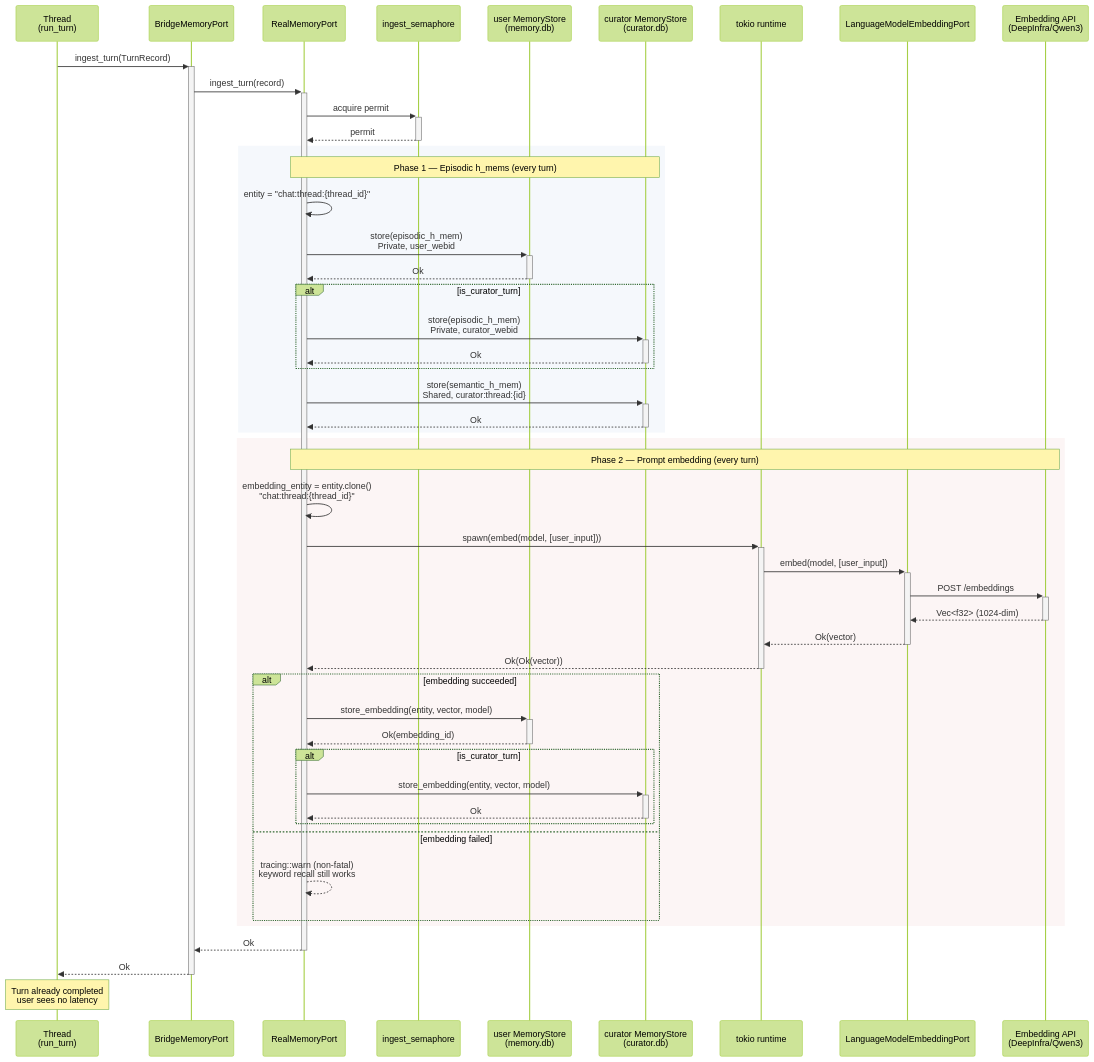
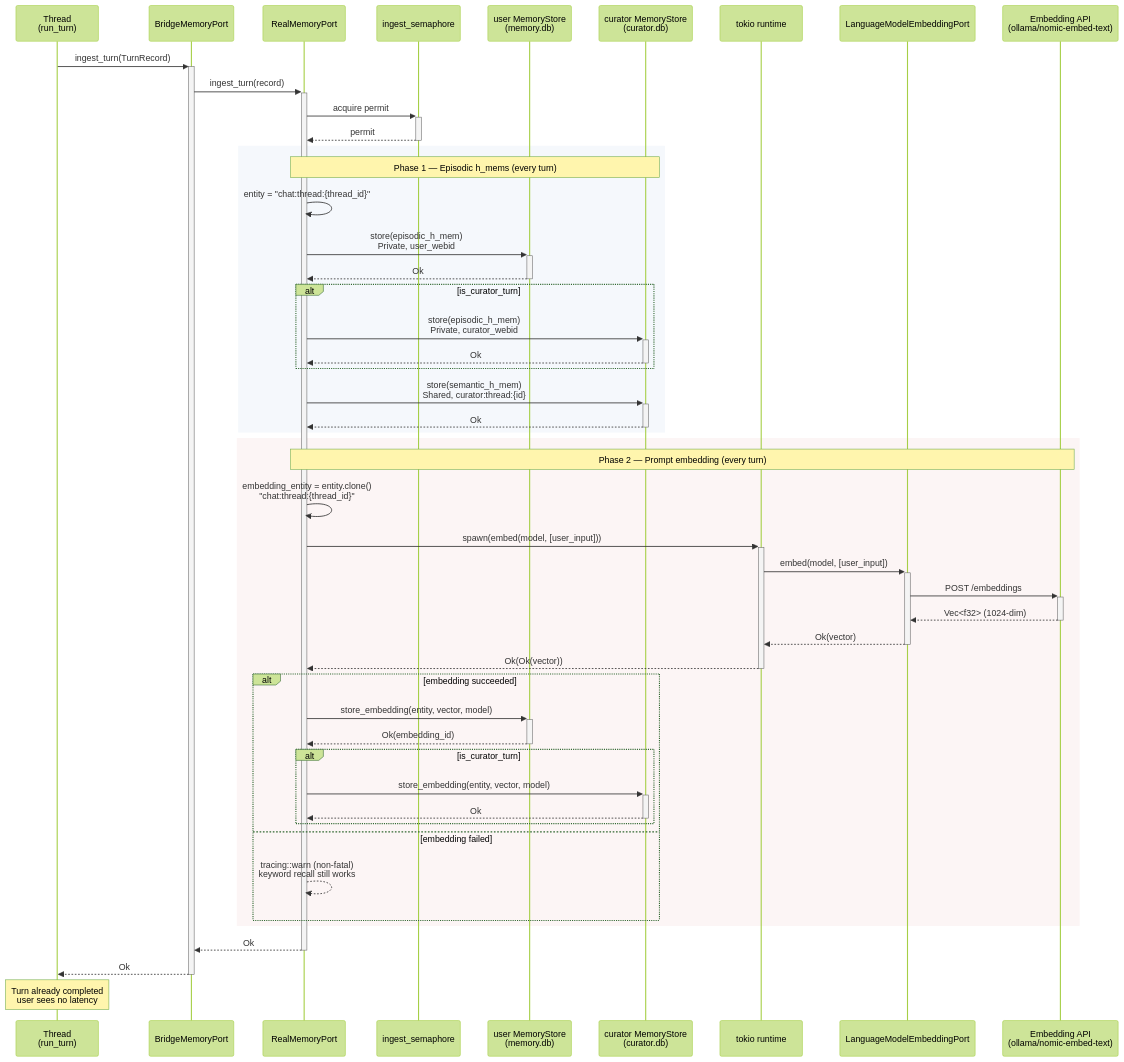
One commit to mdz-axo/zed-kask changed the diagram in kask/docs/diagrams/sequence-memory-ingest.md. Above: the diagram before and after it, drawn with Mermaid (forest theme). The commit also changed 21 other files, not shown here.

First line of the commit message:
Simplify convergence tracker and remove DeepInfra

````diff
--- a/kask/docs/diagrams/sequence-memory-ingest.md
+++ b/kask/docs/diagrams/sequence-memory-ingest.md
@@ -23,60 +23,60 @@
 ```mermaid
 sequenceDiagram
     participant Thread as Thread<br/>(run_turn)
     participant Bridge as BridgeMemoryPort
     participant Real as RealMemoryPort
     participant Sem as ingest_semaphore
     participant UserStore as user MemoryStore<br/>(memory.db)
     participant CuratorStore as curator MemoryStore<br/>(curator.db)
     participant Tokio as tokio runtime
     participant EmbedPort as LanguageModelEmbeddingPort
-    participant EmbedProvider as Embedding API<br/>(DeepInfra/Qwen3)
+    participant EmbedProvider as Embedding API<br/>(ollama/nomic-embed-text)
 
     Thread->>+Bridge: ingest_turn(TurnRecord)
     Bridge->>+Real: ingest_turn(record)
     Real->>+Sem: acquire permit
     Sem-->>-Real: permit
 
     rect rgb(245, 248, 252)
         Note over Real,CuratorStore: Phase 1 — Episodic h_mems (every turn)
 
         Real->>Real: entity = "chat:thread:{thread_id}"
         Real->>+UserStore: store(episodic_h_mem)<br/>Private, user_webid
         UserStore-->>-Real: Ok
 
         alt is_curator_turn
             Real->>+CuratorStore: store(episodic_h_mem)<br/>Private, curator_webid
             CuratorStore-->>-Real: Ok
         end
 
         Real->>+CuratorStore: store(semantic_h_mem)<br/>Shared, curator:thread:{id}
         CuratorStore-->>-Real: Ok
     end
 
     rect rgb(252, 245, 245)
         Note over Real,EmbedProvider: Phase 2 — Prompt embedding (every turn)
 
         Real->>Real: embedding_entity = entity.clone()<br/>"chat:thread:{thread_id}"
         Real->>+Tokio: spawn(embed(model, [user_input]))
         Tokio->>+EmbedPort: embed(model, [user_input])
         EmbedPort->>+EmbedProvider: POST /embeddings
         EmbedProvider-->>-EmbedPort: Vec<f32> (1024-dim)
         EmbedPort-->>-Tokio: Ok(vector)
         Tokio-->>-Real: Ok(Ok(vector))
 
         alt embedding succeeded
             Real->>+UserStore: store_embedding(entity, vector, model)
             UserStore-->>-Real: Ok(embedding_id)
             alt is_curator_turn
                 Real->>+CuratorStore: store_embedding(entity, vector, model)
                 CuratorStore-->>-Real: Ok
             end
         else embedding failed
             Real-->>Real: tracing::warn (non-fatal)<br/>keyword recall still works
         end
     end
 
     Real-->>-Bridge: Ok
     Bridge-->>-Thread: Ok
     Note over Thread: Turn already completed<br/>user sees no latency
 ```
````
